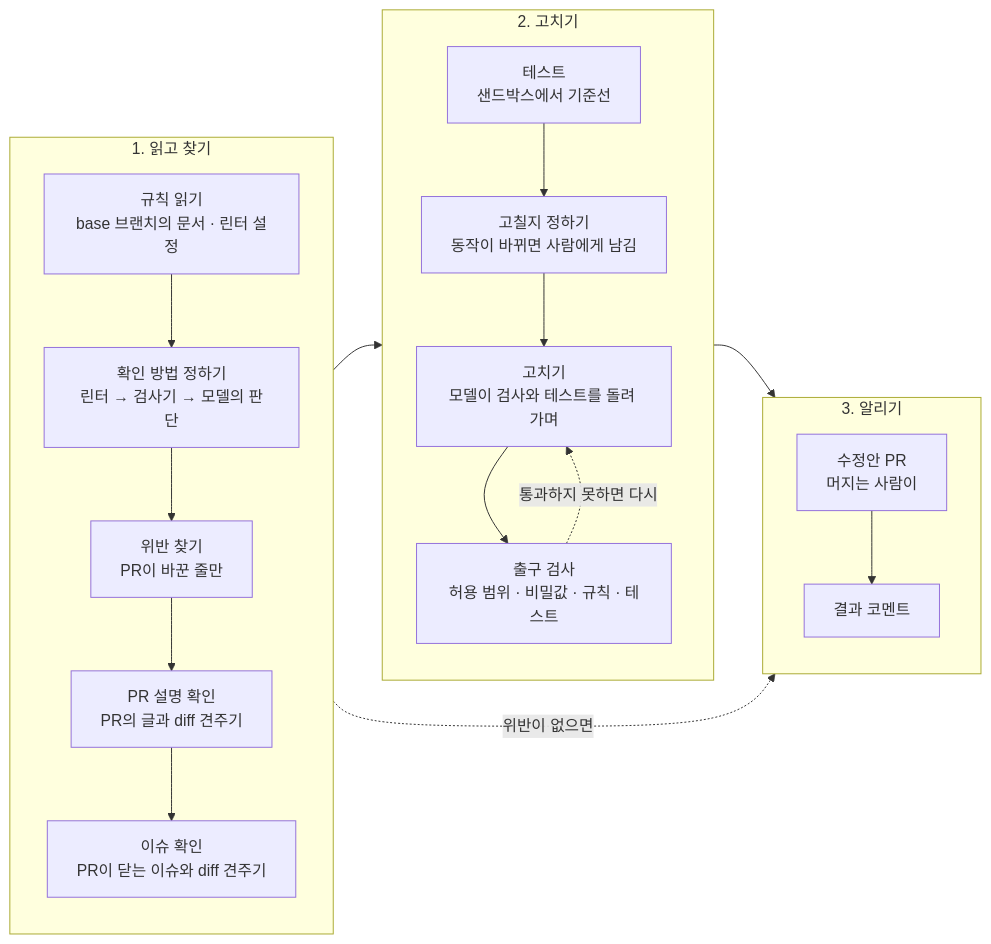
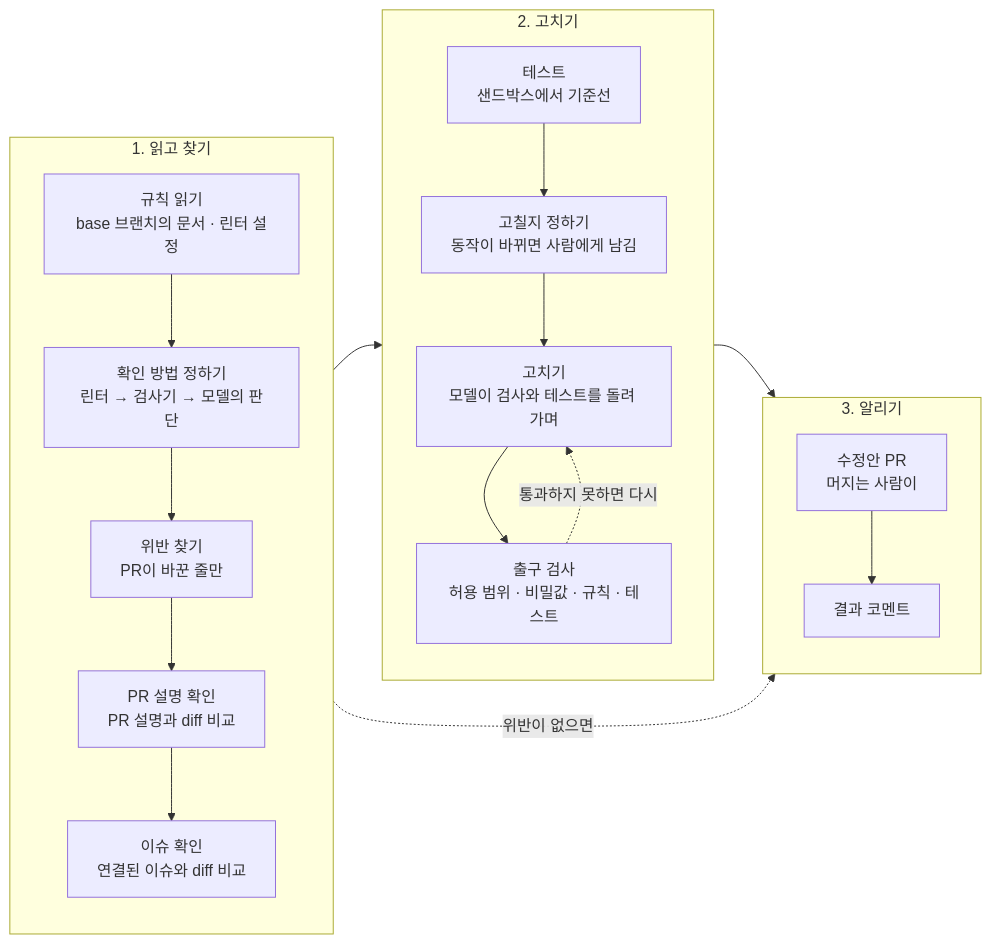
Before and after one commit to Eunryong/pr-proof: the second of 2 diagrams in README.md, drawn with Mermaid. The commit also changed other lines of this file, not shown here.

````diff
--- a/README.md
+++ b/README.md
@@ -453,23 +436,23 @@
 ```mermaid
 flowchart LR
     subgraph S1["1. 읽고 찾기"]
         direction TB
         A1["규칙 읽기<br/>base 브랜치의 문서 · 린터 설정"] --> A2["확인 방법 정하기<br/>린터 → 검사기 → 모델의 판단"]
         A2 --> A3["위반 찾기<br/>PR이 바꾼 줄만"]
-        A3 --> A4["PR 설명 확인<br/>PR의 글과 diff 견주기"]
-        A4 --> A5["이슈 확인<br/>PR이 닫는 이슈와 diff 견주기"]
+        A3 --> A4["PR 설명 확인<br/>PR 설명과 diff 비교"]
+        A4 --> A5["이슈 확인<br/>연결된 이슈와 diff 비교"]
     end
     subgraph S2["2. 고치기"]
         direction TB
         B1["테스트<br/>샌드박스에서 기준선"] --> B2["고칠지 정하기<br/>동작이 바뀌면 사람에게 남김"]
         B2 --> B3["고치기<br/>모델이 검사와 테스트를 돌려 가며"]
         B3 --> B4["출구 검사<br/>허용 범위 · 비밀값 · 규칙 · 테스트"]
         B4 -. "통과하지 못하면 다시" .-> B3
     end
     subgraph S3["3. 알리기"]
         direction TB
         C1["수정안 PR<br/>머지는 사람이"] --> C2["결과 코멘트"]
     end
     S1 --> S2 --> S3
     S1 -. "위반이 없으면" .-> S3
 ```
````
